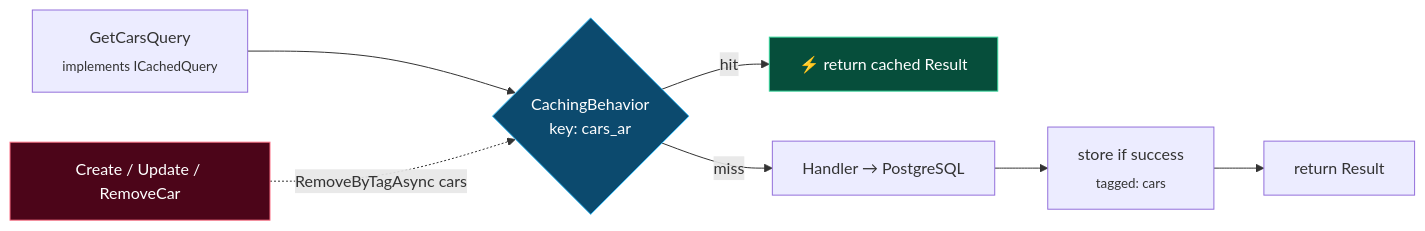
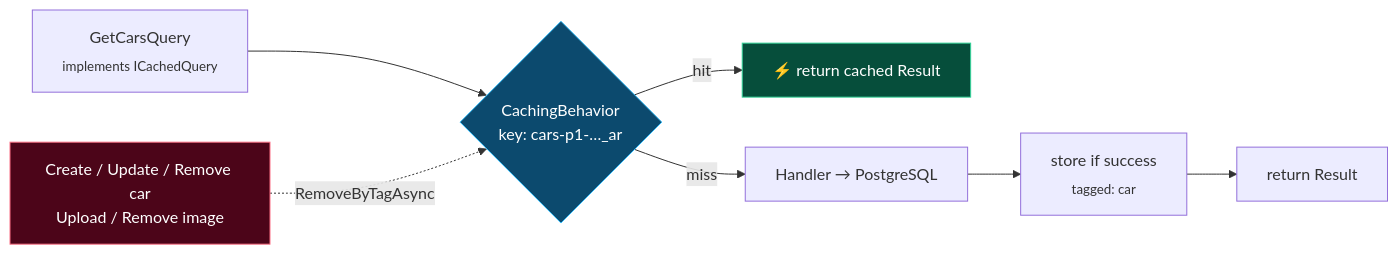
Before and after one commit to fat7i-alghareeb/BackEnd_templete: the eighth of 13 diagrams in docs/SHOWCASE.md, drawn with Mermaid. The commit also changed other lines of this file and 49 other files, not shown here.

````diff
--- a/docs/SHOWCASE.md
+++ b/docs/SHOWCASE.md
@@ -440,12 +448,12 @@
 ```mermaid
 flowchart LR
-    Q["GetCarsQuery<br/><sub>implements ICachedQuery</sub>"] --> CB{"CachingBehavior<br/>key: cars_ar"}
+    Q["GetCarsQuery<br/><sub>implements ICachedQuery</sub>"] --> CB{"CachingBehavior<br/>key: cars-p1-…_ar"}
     CB -->|hit| RET["⚡ return cached Result"]
-    CB -->|miss| HD["Handler → PostgreSQL"] --> ST["store if success<br/><sub>tagged: cars</sub>"] --> RET2["return Result"]
+    CB -->|miss| HD["Handler → PostgreSQL"] --> ST["store if success<br/><sub>tagged: car</sub>"] --> RET2["return Result"]
 
-    CMD["Create / Update / RemoveCar"] -.->|RemoveByTagAsync cars| CB
+    CMD["Create / Update / Remove car<br/>Upload / Remove image"] -.->|RemoveByTagAsync| CB
 
     style RET fill:#064E3B,stroke:#34D399,color:#fff
     style CB fill:#0C4A6E,stroke:#38BDF8,color:#fff
     style CMD fill:#4C0519,stroke:#FB7185,color:#fff
 ```
````
